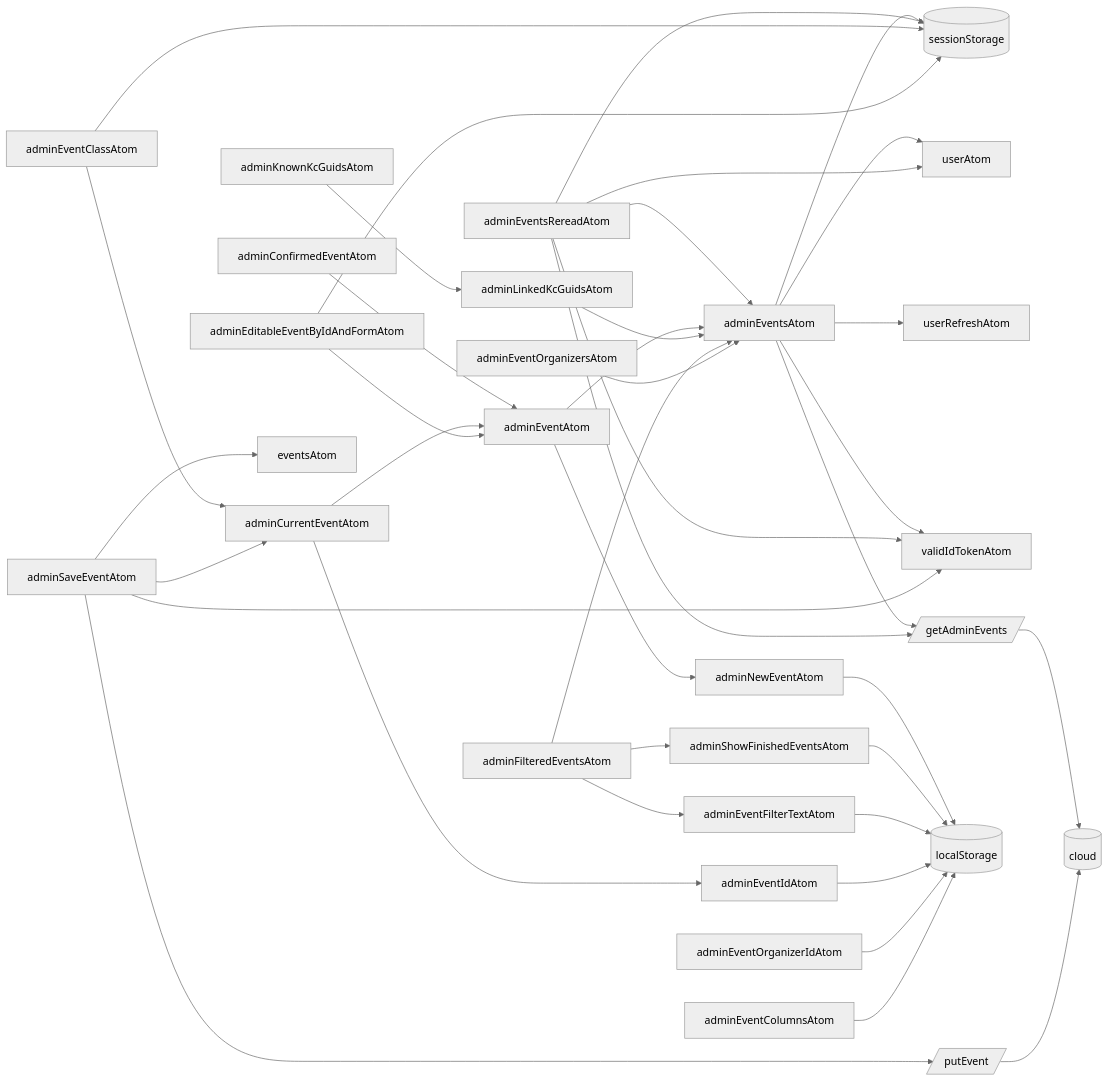
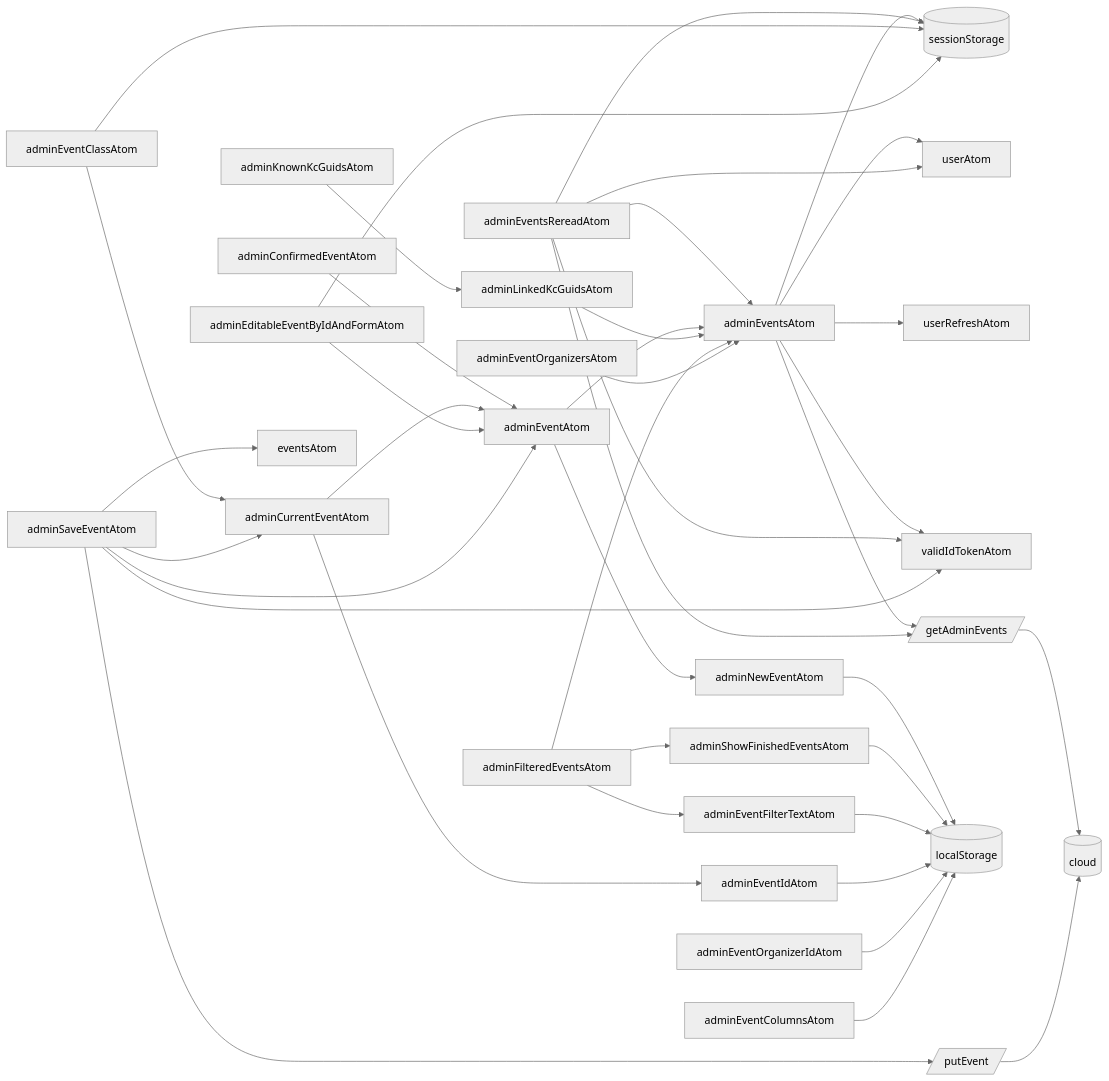
Before and after one commit to koekalenteri/koekalenteri: the fourth of 12 diagrams in src/pages/admin/state/README.md, drawn with Mermaid (neutral theme). The commit also changed other lines of this file and 10 other files, not shown here.

````diff
--- a/src/pages/admin/state/README.md
+++ b/src/pages/admin/state/README.md
@@ -138,53 +140,54 @@
 ```mermaid
 graph LR
   adminEventsAtom-->sessionStorage
   adminEventsAtom-->userAtom
   adminEventsAtom-->userRefreshAtom
   adminEventsAtom-->validIdTokenAtom
   adminEventsAtom-->getAdminEvents[/getAdminEvents/]-->aws
   adminEventsRereadAtom-->adminEventsAtom
   adminEventsRereadAtom-->sessionStorage
   adminEventsRereadAtom-->userAtom
   adminEventsRereadAtom-->validIdTokenAtom
   adminEventsRereadAtom-->getAdminEvents
 
   adminNewEventAtom-->localStorage
   adminShowFinishedEventsAtom-->localStorage
   adminEventFilterTextAtom-->localStorage
   adminEventIdAtom-->localStorage
   adminEventOrganizerIdAtom-->localStorage
   adminEventColumnsAtom-->localStorage
 
   localStorage[(localStorage)]
   sessionStorage[(sessionStorage)]
 
   adminEventAtom-->adminNewEventAtom
   adminEventAtom-->adminEventsAtom
 
   adminLinkedKcGuidsAtom-->adminEventsAtom
   adminKnownKcGuidsAtom-->adminLinkedKcGuidsAtom
 
   adminConfirmedEventAtom-->adminEventAtom
 
   adminCurrentEventAtom-->adminEventIdAtom
   adminCurrentEventAtom-->adminEventAtom
 
   adminFilteredEventsAtom-->adminEventsAtom
   adminFilteredEventsAtom-->adminEventFilterTextAtom
   adminFilteredEventsAtom-->adminShowFinishedEventsAtom
 
   adminEventOrganizersAtom-->adminEventsAtom
 
   adminEventClassAtom-->sessionStorage
   adminEventClassAtom-->adminCurrentEventAtom
 
   adminEditableEventByIdAndFormAtom-->sessionStorage
   adminEditableEventByIdAndFormAtom-->adminEventAtom
 
+  adminSaveEventAtom-->adminEventAtom
   adminSaveEventAtom-->adminCurrentEventAtom
   adminSaveEventAtom-->validIdTokenAtom
   adminSaveEventAtom-->eventsAtom
   adminSaveEventAtom-->putEvent[/putEvent/]-->aws
 
   aws[(cloud)]
 ```
````
